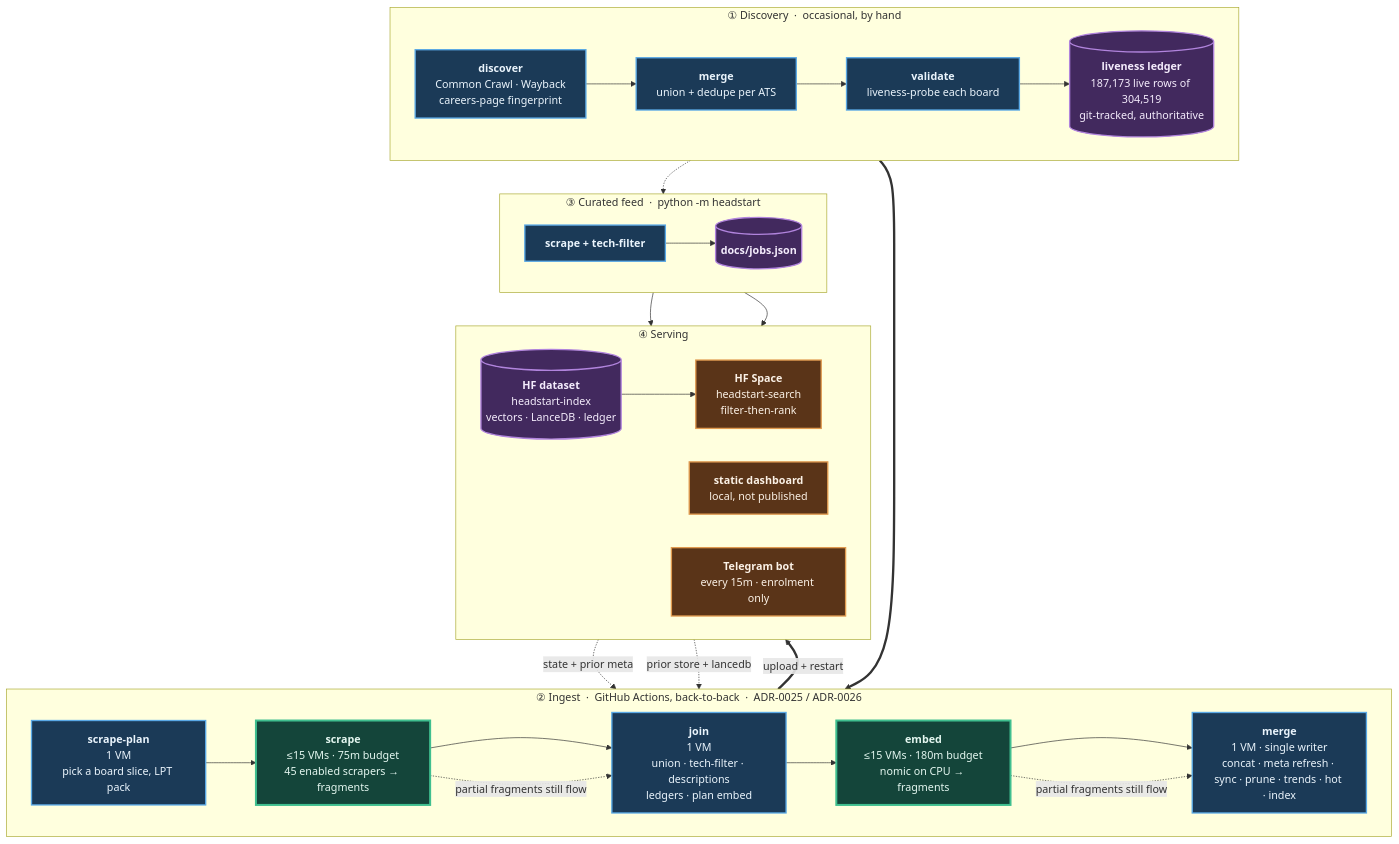
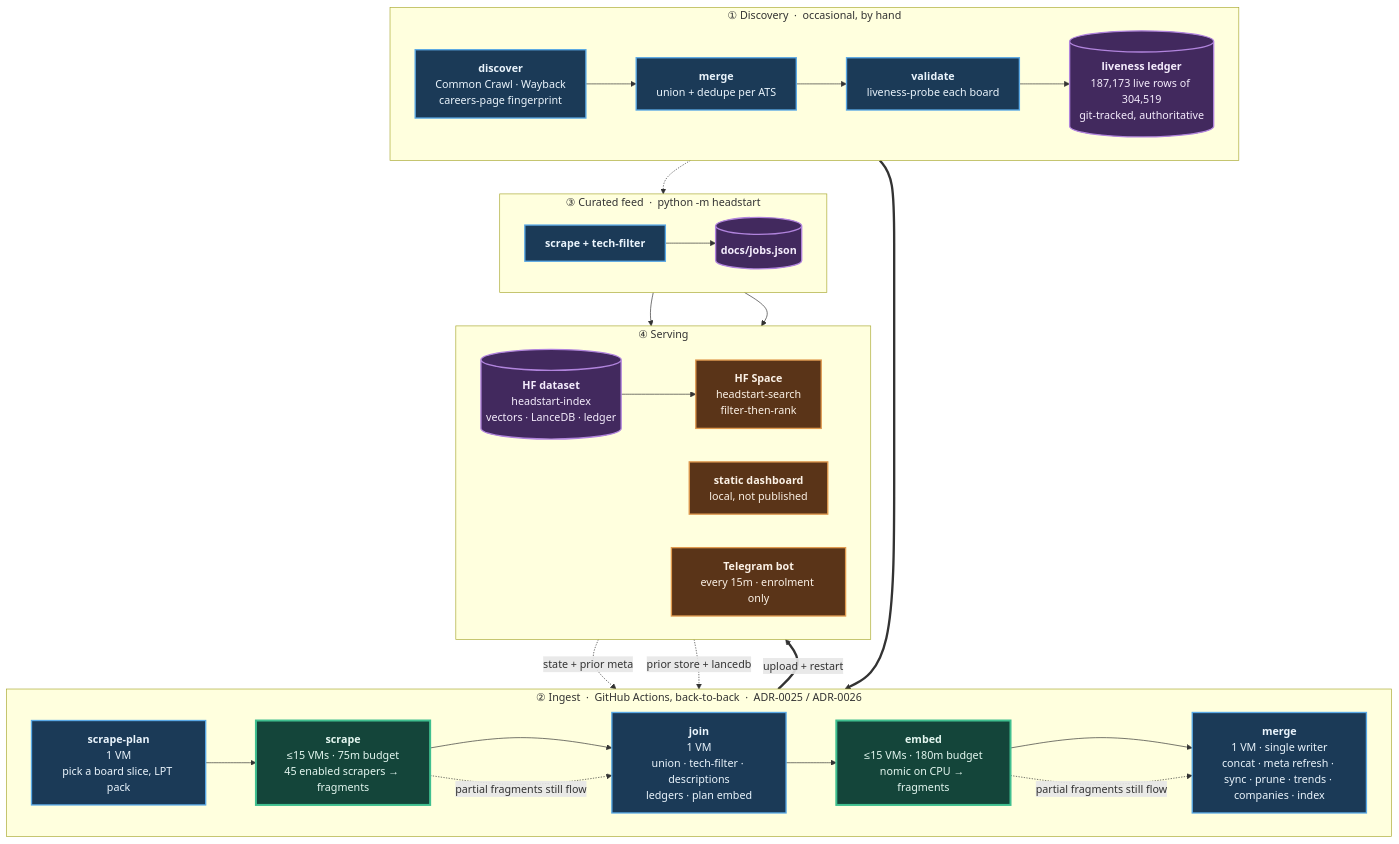
The diagram in README.md (sarthakjain004/headstart), drawn with Mermaid before and after one commit. The commit also changed 26 other files, not shown here.

First line of the commit message:
Rank Hot by company from the Trends history at Space boot (ADR-0230 step 5) (#713)

````diff
--- a/README.md
+++ b/README.md
@@ -180,56 +180,56 @@
 ```mermaid
 flowchart TB
     subgraph D["① Discovery &nbsp;·&nbsp; occasional, by hand"]
         direction LR
         D1["<b>discover</b><br/>Common Crawl · Wayback<br/>careers-page fingerprint"]
         D2["<b>merge</b><br/>union + dedupe per ATS"]
         D3["<b>validate</b><br/>liveness-probe each board"]
         D4[("<b>liveness ledger</b><br/>187,173 live rows of 304,519<br/>git-tracked, authoritative")]
         D1 --> D2 --> D3 --> D4
     end
 
     subgraph P["② Ingest &nbsp;·&nbsp; GitHub Actions, back-to-back &nbsp;·&nbsp; ADR-0025 / ADR-0026"]
         direction LR
         P1["<b>scrape-plan</b><br/>1 VM<br/>pick a board slice, LPT pack"]
         P2["<b>scrape</b><br/>≤15 VMs · 75m budget<br/>45 enabled scrapers → fragments"]
         P3["<b>join</b><br/>1 VM<br/>union · tech-filter · descriptions<br/>ledgers · plan embed"]
         P4["<b>embed</b><br/>≤15 VMs · 180m budget<br/>nomic on CPU → fragments"]
-        P5["<b>merge</b><br/>1 VM · single writer<br/>concat · meta refresh · sync · prune · trends · hot · index"]
+        P5["<b>merge</b><br/>1 VM · single writer<br/>concat · meta refresh · sync · prune · trends · companies · index"]
         P1 --> P2 --> P3 --> P4 --> P5
     end
 
     subgraph F["③ Curated feed &nbsp;·&nbsp; python -m headstart"]
         direction LR
         F1["<b>scrape + tech-filter</b>"]
         F2[("<b>docs/jobs.json</b>")]
         F1 --> F2
     end
 
     subgraph S["④ Serving"]
         direction LR
         S1[("<b>HF dataset</b><br/>headstart-index<br/>vectors · LanceDB · ledger")]
         S2["<b>HF Space</b><br/>headstart-search<br/>filter-then-rank"]
         S3["<b>static dashboard</b><br/>local, not published"]
         S4["<b>Telegram bot</b><br/>every 15m · enrolment only"]
         S1 --> S2
     end
 
     D4 ==> P1
     S1 -. "state + prior meta" .-> P1
     S1 -. "prior store + lancedb" .-> P5
     D4 -.-> F1
     P5 ==>|"upload + restart"| S1
     F2 --> S3
     F2 --> S4
     P2 -. "partial fragments still flow" .-> P3
     P4 -. "partial fragments still flow" .-> P5
 
     classDef serial fill:#1b3a57,stroke:#5aa9e6,stroke-width:2px,color:#eaf4fc
     classDef fan fill:#14453a,stroke:#3fbf8f,stroke-width:3px,color:#e4f7f0
     classDef store fill:#42295e,stroke:#b184dd,stroke-width:2px,color:#f4ecfc
     classDef serve fill:#5a3418,stroke:#e09a4f,stroke-width:2px,color:#fbf1e6
     class D1,D2,D3,P1,P3,P5,F1 serial
     class P2,P4 fan
     class D4,F2,S1 store
     class S2,S3,S4 serve
 ```
````
